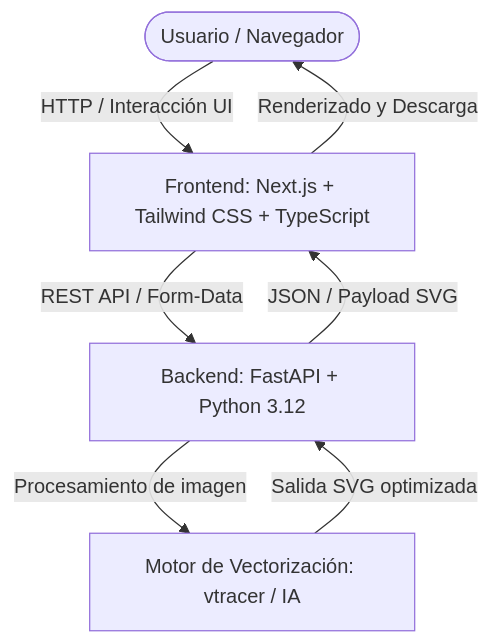
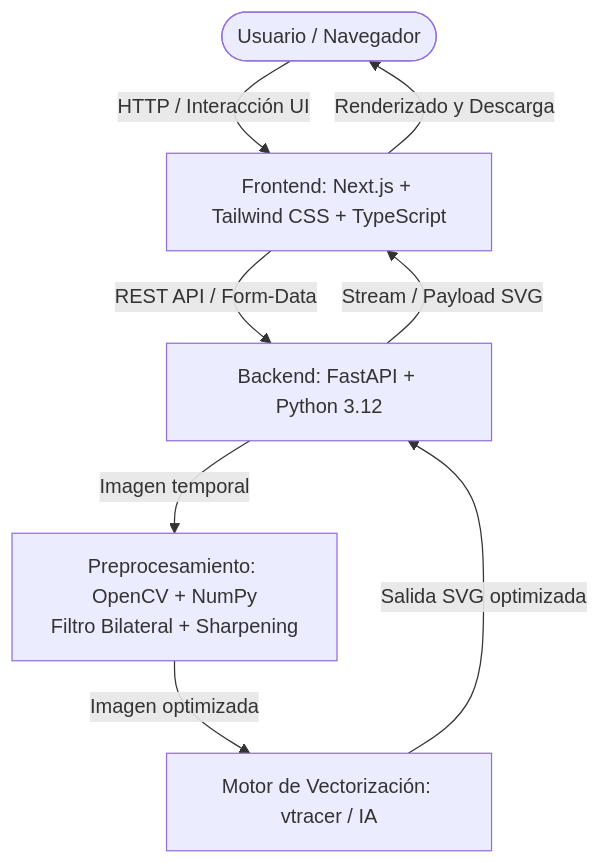
The diagram in README.md (zamora322/TraceAI), drawn with Mermaid before and after one commit. The commit also changed other lines of this file and 2 other files, not shown here.

Commit message:
feat(backend): agregar preprocesamiento de imágenes con OpenCV mediante filtro bilateral y afilado de bordes

````diff
--- a/README.md
+++ b/README.md
@@ -23,9 +23,10 @@
 ```mermaid
 graph TD
     User([Usuario / Navegador]) -->|HTTP / Interacción UI| Frontend[Frontend: Next.js + Tailwind CSS + TypeScript]
     Frontend -->|REST API / Form-Data| Backend[Backend: FastAPI + Python 3.12]
-    Backend -->|Procesamiento de imagen| Engine[Motor de Vectorización: vtracer / IA]
+    Backend -->|Imagen temporal| Preprocess[Preprocesamiento: OpenCV + NumPy<br>Filtro Bilateral + Sharpening]
+    Preprocess -->|Imagen optimizada| Engine[Motor de Vectorización: vtracer / IA]
     Engine -->|Salida SVG optimizada| Backend
-    Backend -->|JSON / Payload SVG| Frontend
+    Backend -->|Stream / Payload SVG| Frontend
     Frontend -->|Renderizado y Descarga| User
 ```
````
